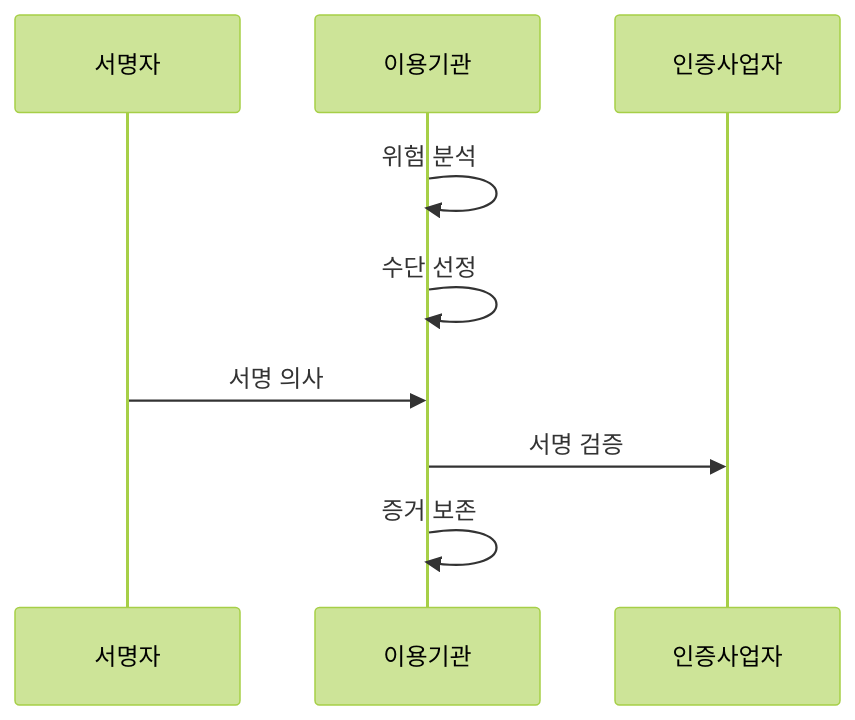
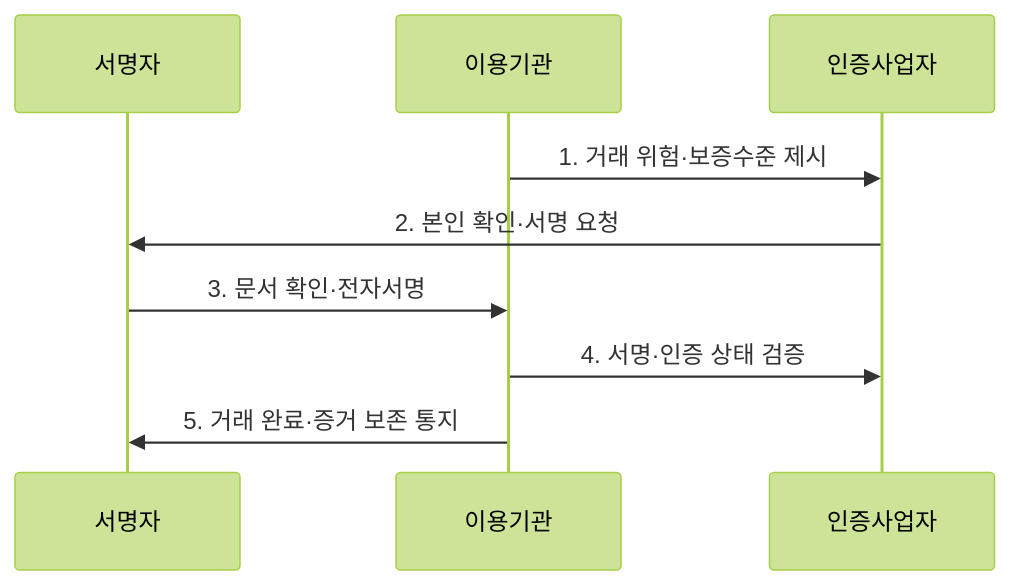
The second of 2 diagrams in src/content/docs/notes/07-law-policy/026_electronic_signature_act.md (agnusdei1207/knowledge-base), drawn with Mermaid (forest theme) before and after one commit. The commit also changed other lines of this file and 9 other files, not shown here.

````diff
--- a/src/content/docs/notes/07-law-policy/026_electronic_signature_act.md
+++ b/src/content/docs/notes/07-law-policy/026_electronic_signature_act.md
@@ -77,11 +80,11 @@
 ```mermaid
 sequenceDiagram
     participant 서명자
     participant 이용기관
     participant 인증사업자
-    이용기관->>이용기관: 위험 분석
-    이용기관->>이용기관: 수단 선정
-    서명자->>이용기관: 서명 의사
-    이용기관->>인증사업자: 서명 검증
-    이용기관->>이용기관: 증거 보존
+    이용기관->>인증사업자: 1. 거래 위험·보증수준 제시
+    인증사업자->>서명자: 2. 본인 확인·서명 요청
+    서명자->>이용기관: 3. 문서 확인·전자서명
+    이용기관->>인증사업자: 4. 서명·인증 상태 검증
+    이용기관->>서명자: 5. 거래 완료·증거 보존 통지
 ```
````
